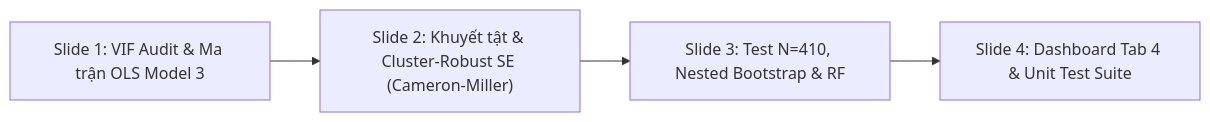
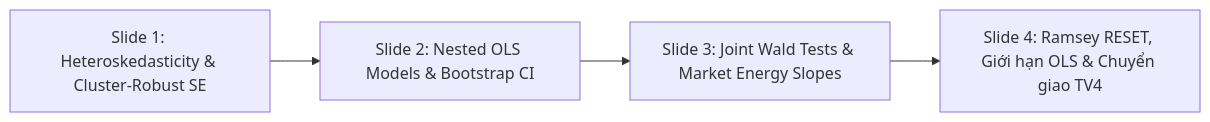
One commit to pdao74856-sketch/music-chart-performance-analysis changed the diagram in reports/member1_presentation_deck.md. Above: the diagram before and after it, drawn with Mermaid. The commit also changed other lines of this file, not shown here.

````diff
--- a/reports/member1_presentation_deck.md
+++ b/reports/member1_presentation_deck.md
@@ -12,6 +12,6 @@
 ```mermaid
 flowchart LR
-    S1["Slide 1: VIF Audit & Ma trận OLS Model 3"] --> S2["Slide 2: Khuyết tật & Cluster-Robust SE (Cameron-Miller)"]
-    S2 --> S3["Slide 3: Test N=410, Nested Bootstrap & RF"]
-    S3 --> S4["Slide 4: Dashboard Tab 4 & Unit Test Suite"]
+    S1["Slide 1: Heteroskedasticity & Cluster-Robust SE"] --> S2["Slide 2: Nested OLS Models & Bootstrap CI"]
+    S2 --> S3["Slide 3: Joint Wald Tests & Market Energy Slopes"]
+    S3 --> S4["Slide 4: Ramsey RESET, Giới hạn OLS & Chuyển giao TV4"]
 ```
````
